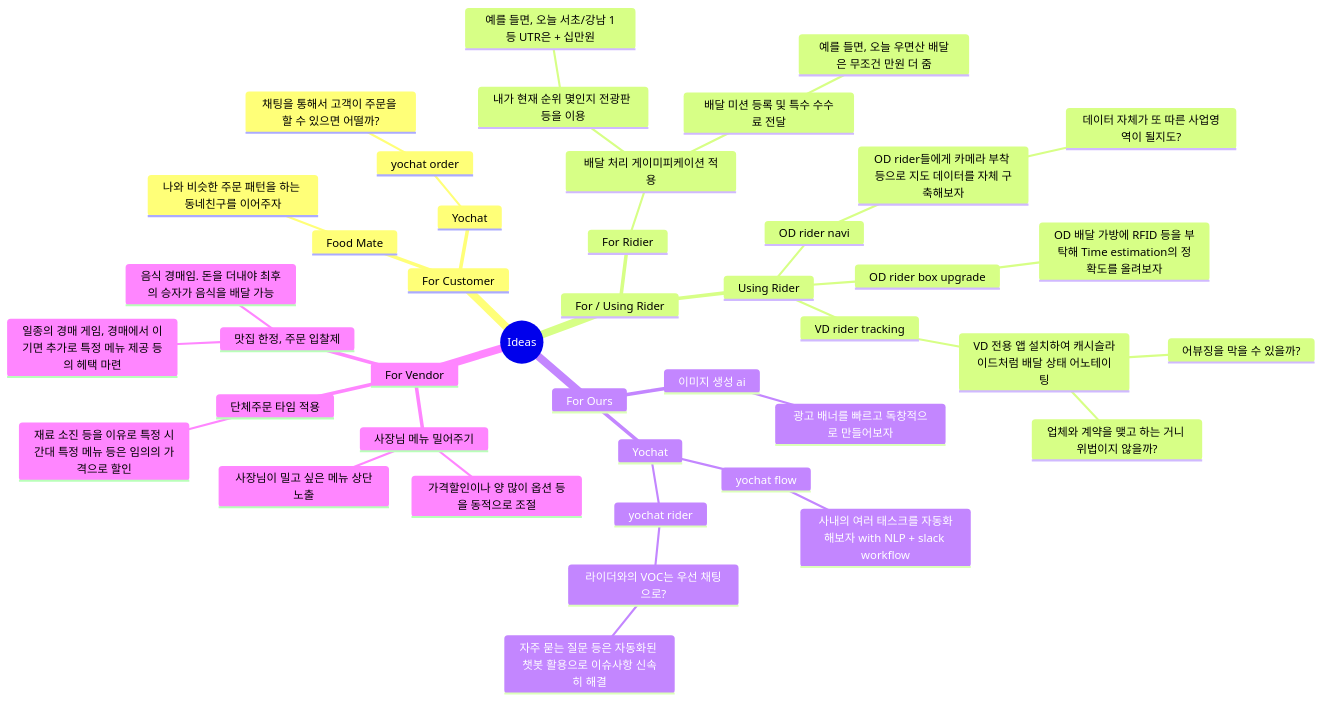
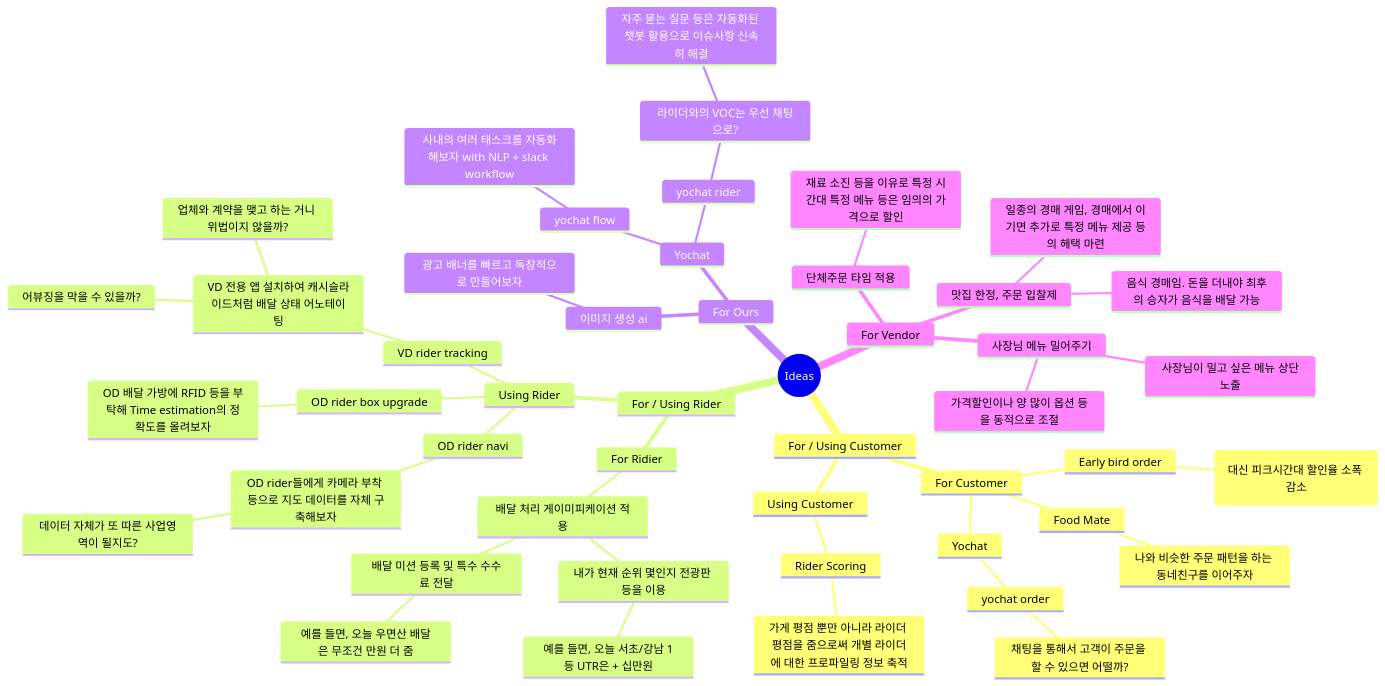
The diagram in README.md (cheehoon-lee/2023-wesang-challenge), drawn with Mermaid before and after one commit.

Commit message:
Update README.md
append minjae idea

````diff
--- a/README.md
+++ b/README.md
@@ -3,56 +3,62 @@
 ```mermaid
 mindmap
   root((Ideas))
-    For Customer
-      Food Mate
-        나와 비슷한 주문 패턴을 하는 동네친구를 이어주자
-      Yochat
-        yochat order
-          채팅을 통해서 고객이 주문을 할 수 있으면 어떨까?
+    For / Using Customer
+      For Customer
+        Early bird order
+          식사 시간대 초입과 끝즘에 할인율을 더 높여 수요 분산 (대신 피크시간대 할인율 소폭 감소)
+        Food Mate
+          나와 비슷한 주문 패턴을 하는 동네친구를 이어주자
+        Yochat
+          yochat order
+            채팅을 통해서 고객이 주문을 할 수 있으면 어떨까?
+      Using Customer
+        Rider Scoring
+          가게 평점 뿐만 아니라 라이더 평점을 줌으로써 개별 라이더에 대한 프로파일링 정보 축적
       
         
     For / Using Rider
       For Ridier
         배달 처리 게이미피케이션 적용
           내가 현재 순위 몇인지 전광판 등을 이용
             예를 들면, 오늘 서초/강남 1등 UTR은 + 십만원
           배달 미션 등록 및 특수 수수료 전달
             예를 들면, 오늘 우면산 배달은 무조건 만원 더 줌
       Using Rider
         OD rider navi
           OD rider들에게 카메라 부착 등으로 지도 데이터를 자체 구축해보자
             데이터 자체가 또 따른 사업영역이 될지도?
         OD rider box upgrade
           OD 배달 가방에 RFID 등을 부탁해 Time estimation의 정확도를 올려보자
         VD rider tracking
           VD 전용 앱 설치하여 캐시슬라이드처럼 배달 상태 어노테이팅
             어뷰징을 막을 수 있을까?
             업체와 계약을 맺고 하는 거니 위법이지 않을까?
 
     For Ours
       이미지 생성 ai
         광고 배너를 빠르고 독창적으로 만들어보자
       Yochat
         yochat flow
           사내의 여러 태스크를 자동화해보자 with NLP + slack workflow
         yochat rider
           라이더와의 VOC는 우선 채팅으로?
             자주 묻는 질문 등은 자동화된 챗봇 활용으로 이슈사항 신속히 해결
 
     For Vendor
       사장님 메뉴 밀어주기
         사장님이 밀고 싶은 메뉴 상단노출
         가격할인이나 양 많이 옵션 등을 동적으로 조절
       단체주문 타임 적용
         재료 소진 등을 이유로 특정 시간대 특정 메뉴 등은 임의의 가격으로 할인
       맛집 한정, 주문 입찰제
         음식 경매임. 돈을 더내야 최후의 승자가 음식을 배달 가능
         일종의 경매 게임, 경매에서 이기면 추가로 특정 메뉴 제공 등의 헤택 마련
         
     
     
       
       
 
 
 ```
````
